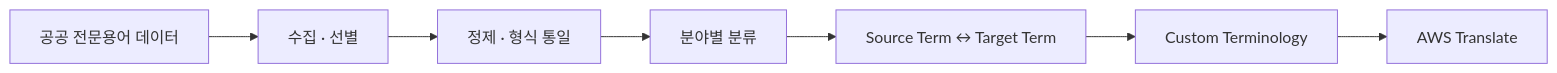
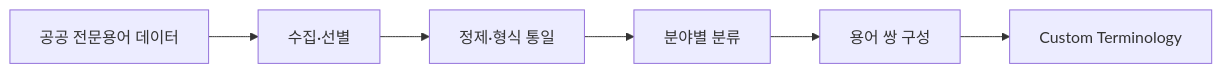
One commit to minjuko/transmate changed the first of 4 diagrams in README.md. Above: the diagram before and after it, drawn with Mermaid. The commit also changed other lines of this file, not shown here.

````diff
--- a/README.md
+++ b/README.md
@@ -65,9 +83,8 @@
 ```mermaid
 flowchart LR
-    A[공공 전문용어 데이터] --> B[수집 · 선별]
-    B --> C[정제 · 형식 통일]
-    C --> D[분야별 분류]
-    D --> E[Source Term ↔ Target Term]
-    E --> F[Custom Terminology]
-    F --> G[AWS Translate]
+    A["공공 전문용어 데이터"] --> B["수집·선별"]
+    B --> C["정제·형식 통일"]
+    C --> D["분야별 분류"]
+    D --> E["용어 쌍 구성"]
+    E --> F["Custom Terminology"]
 ```
````
